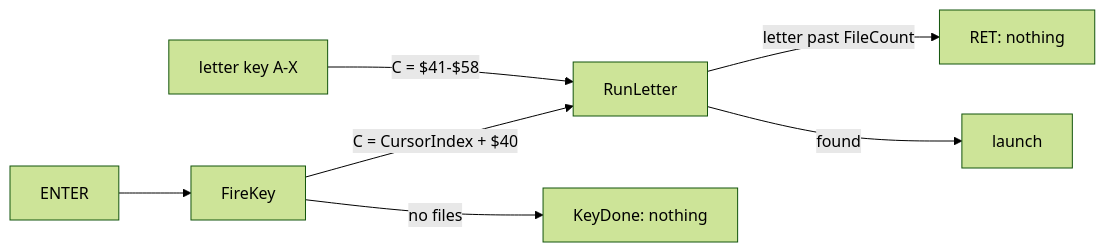
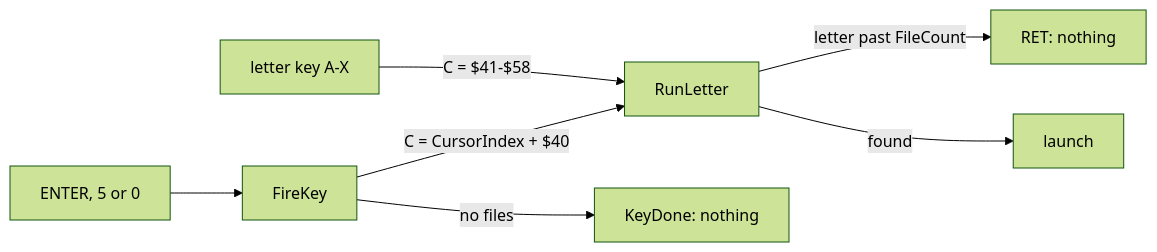
Before and after one commit to alfishe/unrealng-reverse-cases: the third of 7 diagrams in software/zyx-boot/docs/10-launcher-and-notes.md, drawn with Mermaid (forest theme). The commit also changed other lines of this file and 45 other files, not shown here.

````diff
--- a/software/zyx-boot/docs/10-launcher-and-notes.md
+++ b/software/zyx-boot/docs/10-launcher-and-notes.md
@@ -260,9 +263,9 @@
 ```mermaid
 flowchart LR
     L["letter key A-X"] -->|"C = $41-$58"| R["RunLetter"]
-    E["ENTER"] --> F["FireKey"]
+    E["ENTER, 5 or 0"] --> F["FireKey"]
     F -->|"no files"| N["KeyDone: nothing"]
     F -->|"C = CursorIndex + $40"| R
     R -->|"letter past FileCount"| N2["RET: nothing"]
     R -->|"found"| GO["launch"]
 ```
````
